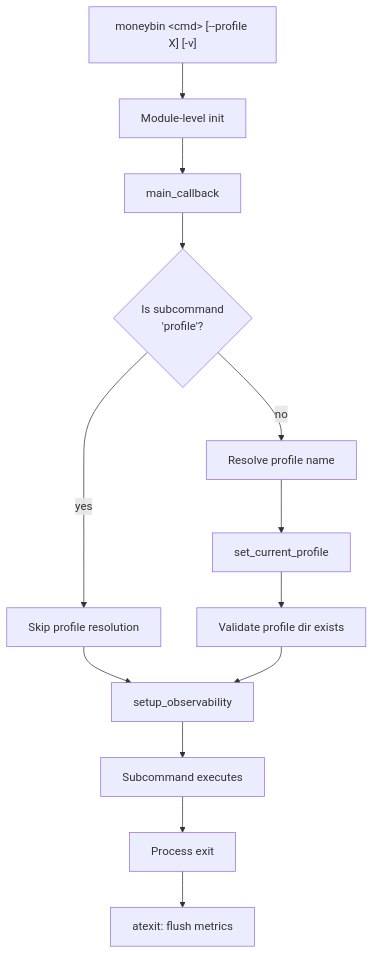
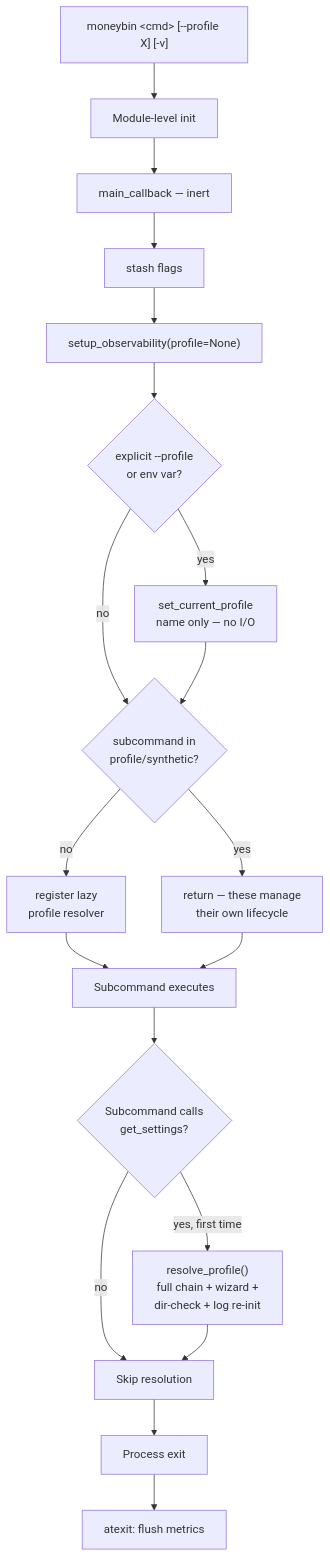
The first of 9 diagrams in docs/tech/cli-startup-flow.md (bsaffel/moneybin), drawn with Mermaid before and after one commit. The commit also changed other lines of this file and 54 other files, not shown here.

````diff
--- a/docs/tech/cli-startup-flow.md
+++ b/docs/tech/cli-startup-flow.md
@@ -7,15 +7,21 @@
 ```mermaid
 flowchart TD
     A["moneybin &lt;cmd&gt; [--profile X] [-v]"] --> B[Module-level init]
-    B --> C[main_callback]
-    C --> D{Is subcommand<br/>'profile'?}
-    D -->|yes| E[Skip profile resolution]
-    D -->|no| F[Resolve profile name]
-    F --> G[set_current_profile]
-    G --> H[Validate profile dir exists]
-    E --> I[setup_observability]
-    H --> I
-    I --> J[Subcommand executes]
-    J --> K[Process exit]
+    B --> C[main_callback — inert]
+    C --> C1[stash flags]
+    C1 --> C2["setup_observability(profile=None)"]
+    C2 --> C3{explicit --profile<br/>or env var?}
+    C3 -->|yes| C4[set_current_profile<br/>name only — no I/O]
+    C3 -->|no| C5
+    C4 --> C5{subcommand in<br/>profile/synthetic?}
+    C5 -->|yes| C6[return — these manage<br/>their own lifecycle]
+    C5 -->|no| C7[register lazy<br/>profile resolver]
+    C7 --> J[Subcommand executes]
+    C6 --> J
+    J --> J1{Subcommand calls<br/>get_settings?}
+    J1 -->|yes, first time| J2["resolve_profile()<br/>full chain + wizard +<br/>dir-check + log re-init"]
+    J1 -->|no| J3[Skip resolution]
+    J2 --> J3
+    J3 --> K[Process exit]
     K --> L[atexit: flush metrics]
 ```
````
